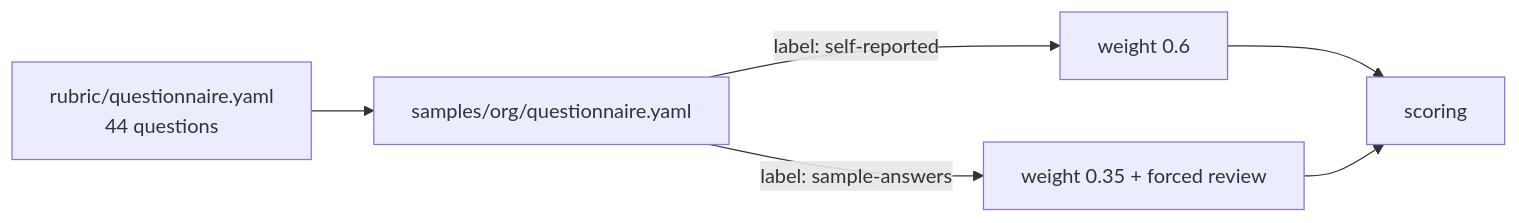
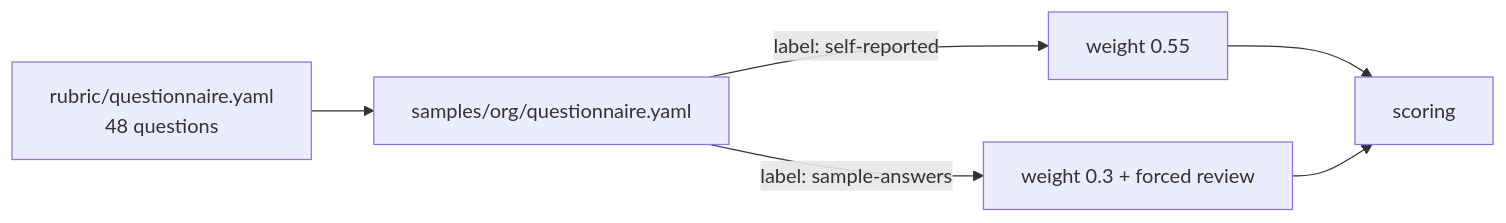
Before and after one commit to jagadishmazure-jpg/Jagadish-ai-maturity-assessment: the diagram in docs/components/questionnaire.md, drawn with Mermaid. The commit also changed other lines of this file and 12 other files, not shown here.

````diff
--- a/docs/components/questionnaire.md
+++ b/docs/components/questionnaire.md
@@ -16,8 +16,8 @@
 ```mermaid
 flowchart LR
-  Q[rubric/questionnaire.yaml<br/>44 questions] --> A[samples/org/questionnaire.yaml]
-  A -->|label: self-reported| W1[weight 0.6]
-  A -->|label: sample-answers| W2[weight 0.35 + forced review]
+  Q[rubric/questionnaire.yaml<br/>48 questions] --> A[samples/org/questionnaire.yaml]
+  A -->|label: self-reported| W1[weight 0.55]
+  A -->|label: sample-answers| W2[weight 0.3 + forced review]
   W1 --> S[scoring]
   W2 --> S
 ```
````
